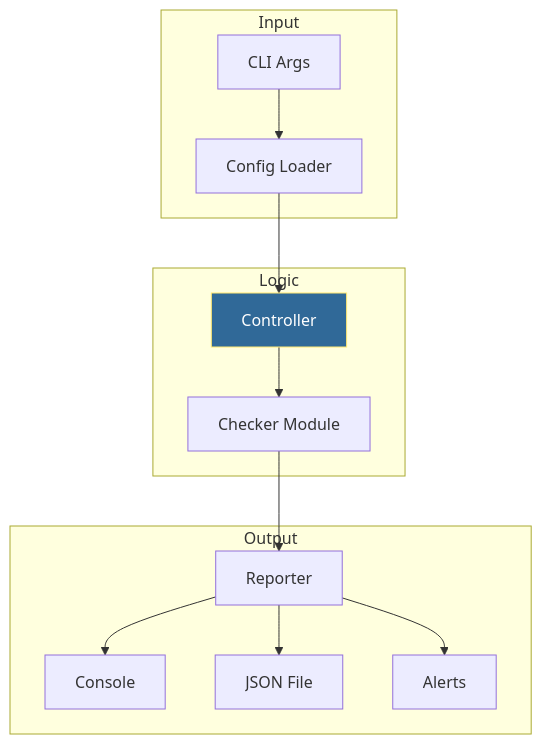
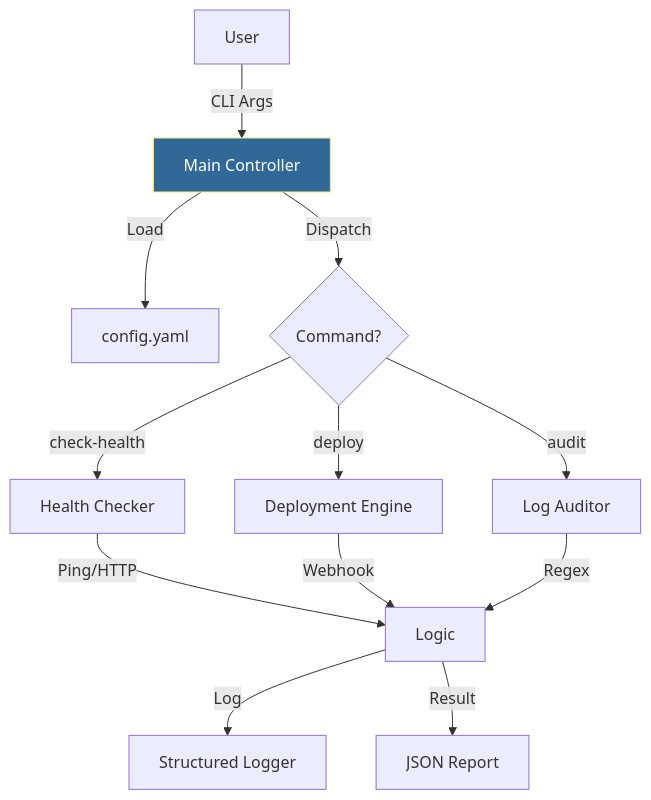
One commit to Ganil151/Devops changed the diagram in 1-Beginner/02-Phase-2/01-Automation/02-Python-Basics/Part-03-Python-Systems-Drafting/08-Capstone-Script/README.md. Above: the diagram before and after it, drawn with Mermaid. The commit also changed other lines of this file and 230 other files, not shown here.

````diff
--- a/1-Beginner/02-Phase-2/01-Automation/02-Python-Basics/Part-03-Python-Systems-Drafting/08-Capstone-Script/README.md
+++ b/1-Beginner/02-Phase-2/01-Automation/02-Python-Basics/Part-03-Python-Systems-Drafting/08-Capstone-Script/README.md
@@ -33,20 +22,20 @@
 ```mermaid
 flowchart TD
-    subgraph Input
-        A[CLI Args] --> B[Config Loader]
-    end
+    User -->|CLI Args| Main[Main Controller]
+    Main -->|Load| Config[config.yaml]
     
-    subgraph Logic
-        B --> C[Controller]
-        C --> D[Checker Module]
-    end
+    Main -->|Dispatch| Router{Command?}
     
-    subgraph Output
-        D --> E[Reporter]
-        E --> F[Console]
-        E --> G[JSON File]
-        E --> H[Alerts]
-    end
+    Router -->|check-health| Health[Health Checker]
+    Router -->|deploy| Deploy[Deployment Engine]
+    Router -->|audit| Audi[Log Auditor]
     
-    style C fill:#306998,stroke:#ffe873,color:#fff
+    Health -->|Ping/HTTP| Logic
+    Deploy -->|Webhook| Logic
+    Audi -->|Regex| Logic
+    
+    Logic -->|Log| Logger[Structured Logger]
+    Logic -->|Result| Report[JSON Report]
+    
+    style Main fill:#306998,stroke:#ffe873,color:#fff
 ```
````
